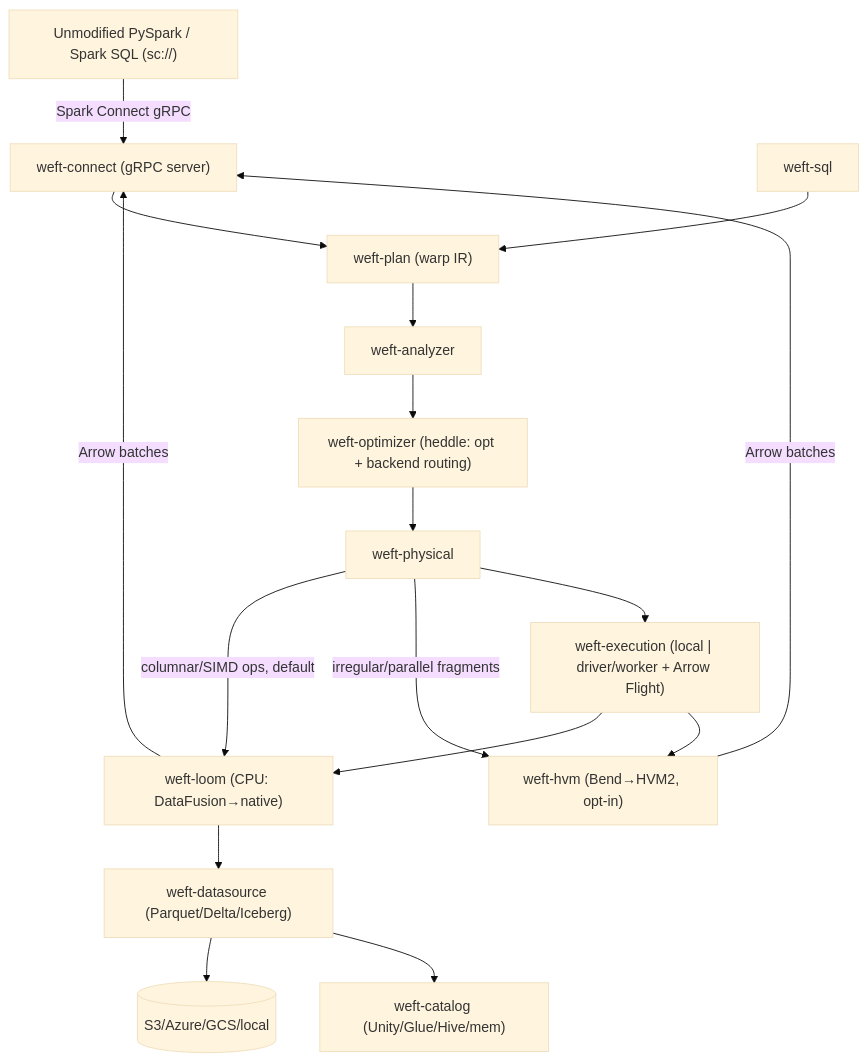
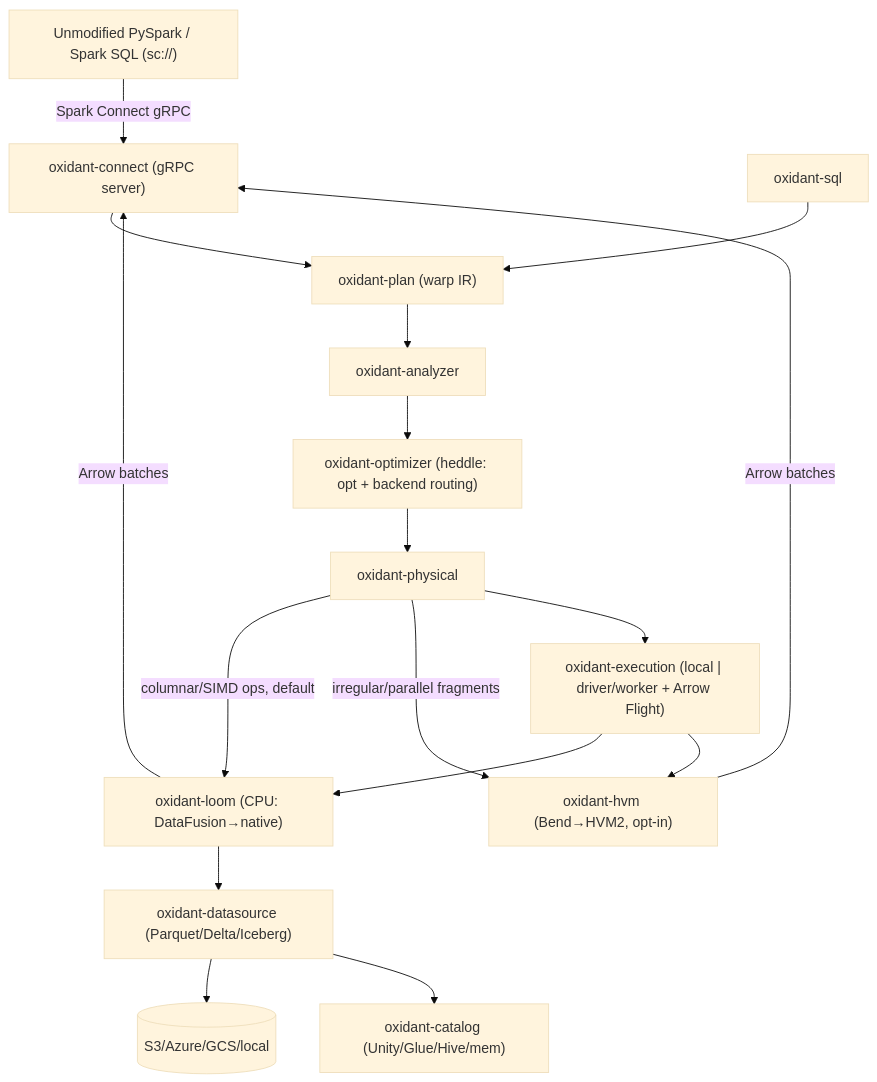
The diagram in docs/architecture.md (OxidantData/Oxidant), drawn with Mermaid (base theme) before and after one commit. The commit also changed other lines of this file and 1263 other files, not shown here.

First line of the commit message:
rename: weft → oxidant across the entire workspace (#83)

````diff
--- a/docs/architecture.md
+++ b/docs/architecture.md
@@ -45,16 +45,16 @@
 ```mermaid
 flowchart TD
   Client["Unmodified PySpark / Spark SQL (sc://)"] -->|Spark Connect gRPC| FE
-  FE["weft-connect (gRPC server)"] --> WARP["weft-plan (warp IR)"]
-  SQL["weft-sql"] --> WARP
-  WARP --> RES["weft-analyzer"] --> OPT["weft-optimizer (heddle: opt + backend routing)"] --> PHY["weft-physical"]
-  PHY -->|columnar/SIMD ops, default| LOOM["weft-loom (CPU: DataFusion→native)"]
-  PHY -->|irregular/parallel fragments| HVM["weft-hvm (Bend→HVM2, opt-in)"]
-  PHY --> EXEC["weft-execution (local | driver/worker + Arrow Flight)"]
+  FE["oxidant-connect (gRPC server)"] --> WARP["oxidant-plan (warp IR)"]
+  SQL["oxidant-sql"] --> WARP
+  WARP --> RES["oxidant-analyzer"] --> OPT["oxidant-optimizer (heddle: opt + backend routing)"] --> PHY["oxidant-physical"]
+  PHY -->|columnar/SIMD ops, default| LOOM["oxidant-loom (CPU: DataFusion→native)"]
+  PHY -->|irregular/parallel fragments| HVM["oxidant-hvm (Bend→HVM2, opt-in)"]
+  PHY --> EXEC["oxidant-execution (local | driver/worker + Arrow Flight)"]
   EXEC --> LOOM
   EXEC --> HVM
-  LOOM --> DS["weft-datasource (Parquet/Delta/Iceberg)"] --> OBJ[("S3/Azure/GCS/local")]
-  DS --> CAT["weft-catalog (Unity/Glue/Hive/mem)"]
+  LOOM --> DS["oxidant-datasource (Parquet/Delta/Iceberg)"] --> OBJ[("S3/Azure/GCS/local")]
+  DS --> CAT["oxidant-catalog (Unity/Glue/Hive/mem)"]
   LOOM -->|Arrow batches| FE
   HVM -->|Arrow batches| FE
 ```
````
